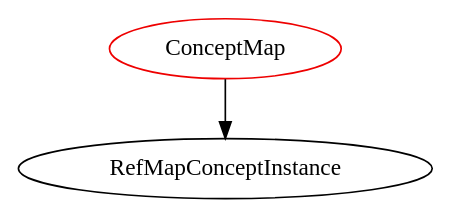
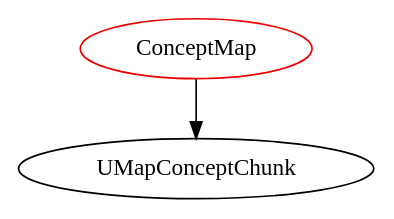
One commit to JacquesCarette/Drasil changed the diagram in analysis/TypeDependencyGraphs/database/ConceptMap.dot. Above: the diagram before and after it, drawn with Graphviz. The commit also changed 661 other files, not shown here.

```diff
--- a/analysis/TypeDependencyGraphs/database/ConceptMap.dot
+++ b/analysis/TypeDependencyGraphs/database/ConceptMap.dot
@@ -1,4 +1,4 @@
 digraph conceptmap{
 ConceptMap	[shape=oval, color=red2, label="ConceptMap"];
-ConceptMap -> RefMapConceptInstance;
+ConceptMap -> UMapConceptChunk;
 }
```
